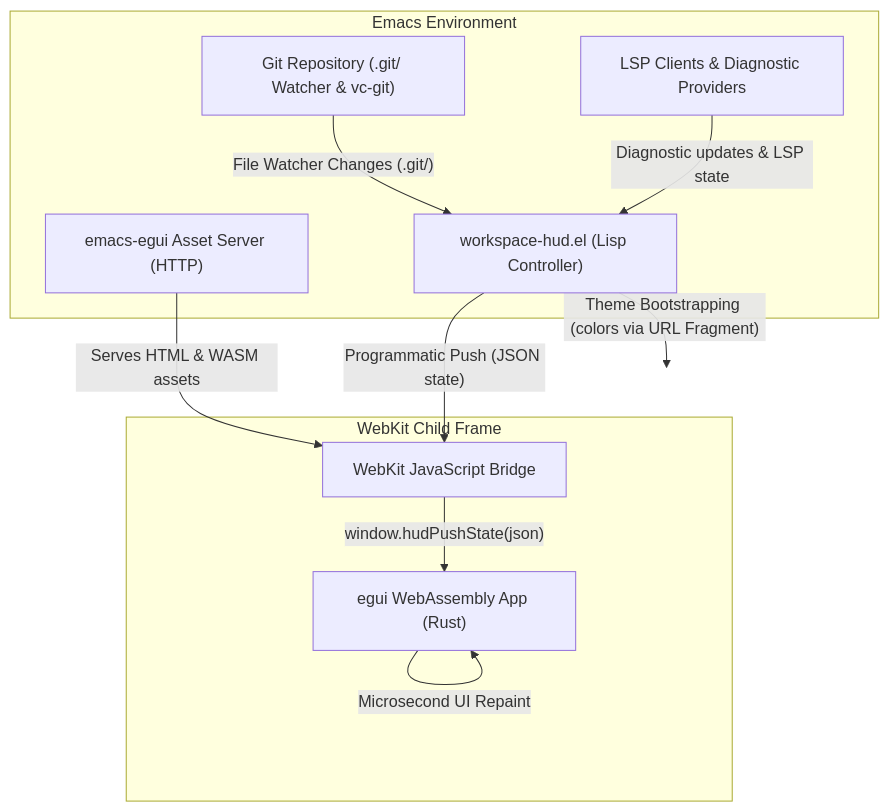
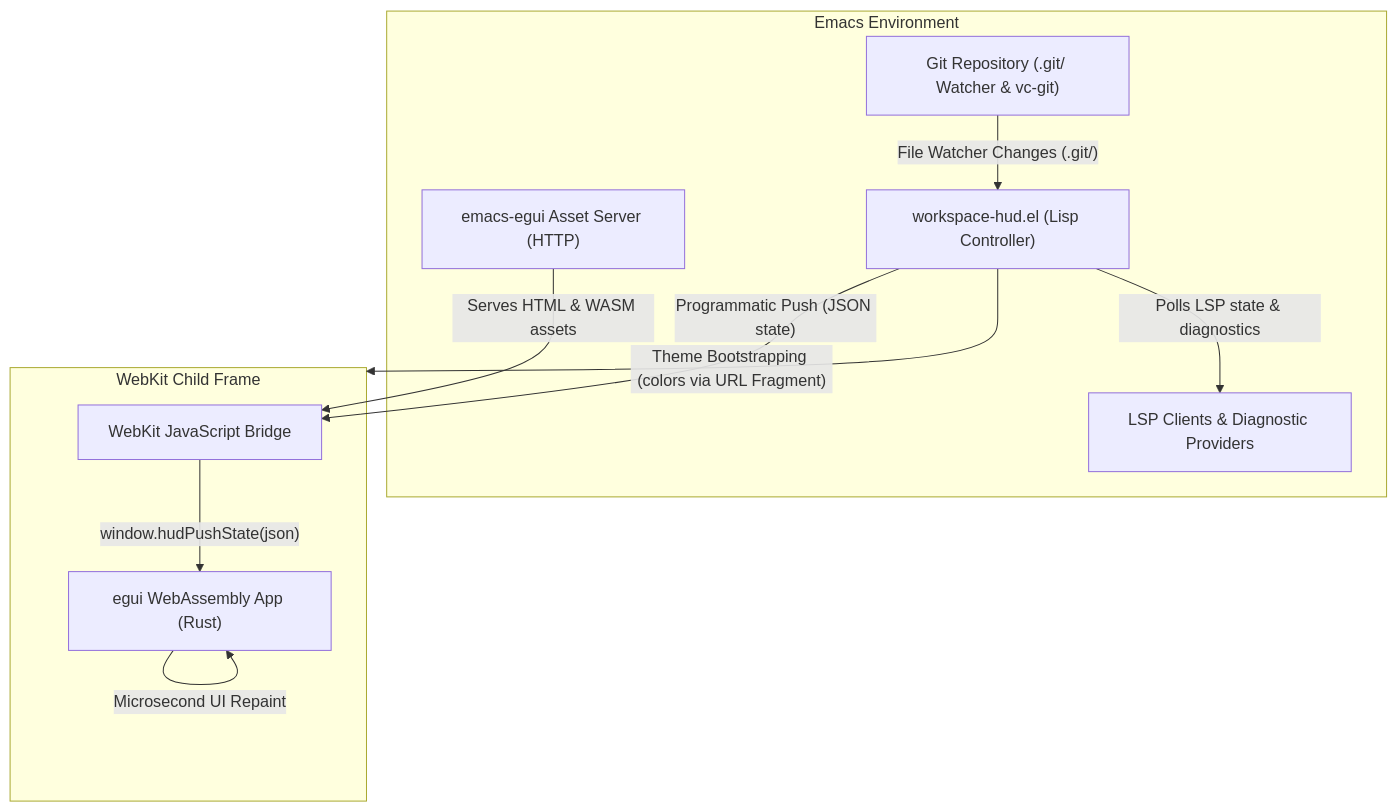
Before and after one commit to nohzafk/emacs-workspace-hud: the first of 2 diagrams in README.md, drawn with Mermaid. The commit also changed other lines of this file and 2 other files, not shown here.

First line of the commit message:
docs: polish README for release, fix justfile and schema accuracy

````diff
--- a/README.md
+++ b/README.md
@@ -175,31 +174,31 @@
 ```mermaid
 graph TD
     %% Define Nodes and Styles
     subgraph Emacs ["Emacs Environment"]
         E_Lisp["workspace-hud.el (Lisp Controller)"]
         E_Git["Git Repository (.git/ Watcher & vc-git)"]
         E_LSP["LSP Clients & Diagnostic Providers"]
         E_Server["emacs-egui Asset Server (HTTP)"]
     end
 
     subgraph ChildFrame ["WebKit Child Frame"]
         JS_Bridge["WebKit JavaScript Bridge"]
         Rust_WASM["egui WebAssembly App (Rust)"]
     end
 
     %% WebAssembly Assets serving
     E_Server -- "Serves HTML & WASM assets" --> JS_Bridge
 
     %% Theme Bootstrapping
     E_Lisp -- "Theme Bootstrapping (colors via URL Fragment)" --> ChildFrame
 
     %% Data / Event Flow
     E_Git -- "File Watcher Changes (.git/)" --> E_Lisp
-    E_LSP -- "Diagnostic updates & LSP state" --> E_Lisp
+    E_Lisp -- "Polls LSP state & diagnostics" --> E_LSP
 
     %% Push loop
     E_Lisp -- "Programmatic Push (JSON state)" --> JS_Bridge
     JS_Bridge -- "window.hudPushState(json)" --> Rust_WASM
     Rust_WASM -- "Microsecond UI Repaint" --> Rust_WASM
 
 ```
````
